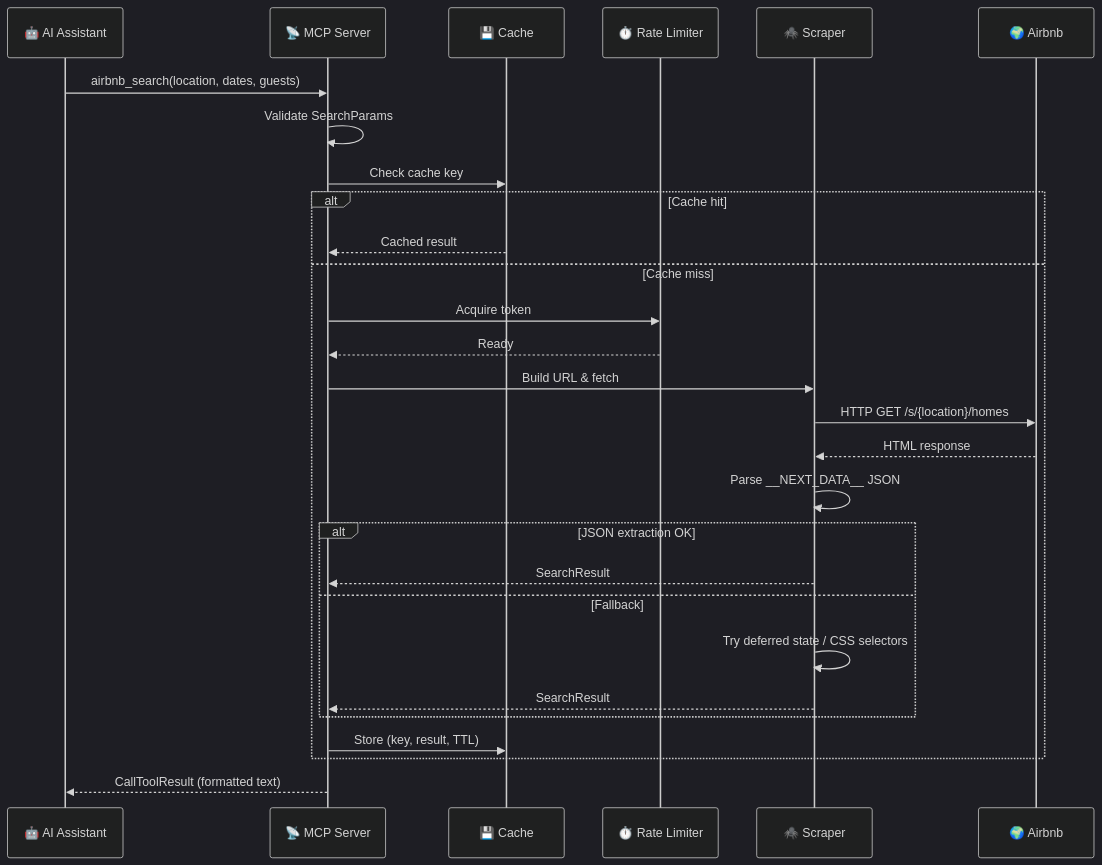
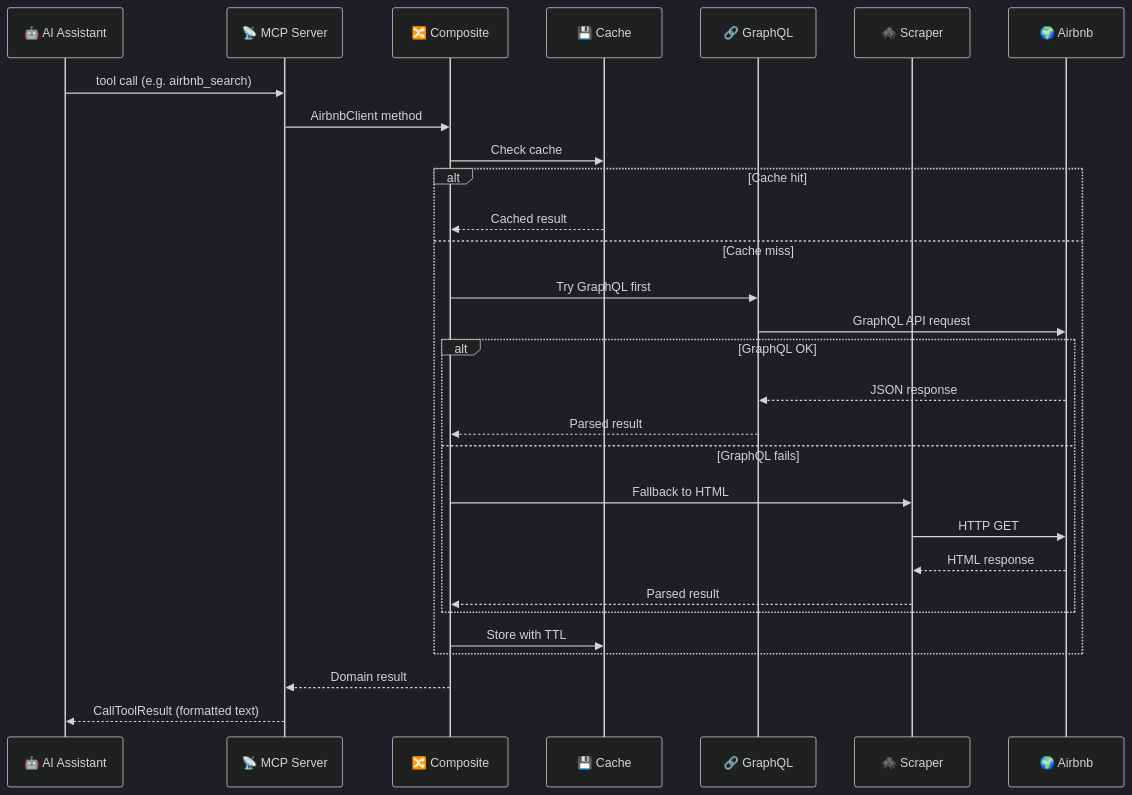
One commit to muchiny/mcp-airbnb changed the second of 2 diagrams in README.md. Above: the diagram before and after it, drawn with Mermaid (dark theme). The commit also changed other lines of this file and 11 other files, not shown here.

First line of the commit message:
docs: update all READMEs with emojis, mermaid diagrams, and full coverage

````diff
--- a/README.md
+++ b/README.md
@@ -149,31 +173,32 @@
 ```mermaid
 sequenceDiagram
     participant AI as 🤖 AI Assistant
     participant MCP as 📡 MCP Server
+    participant Composite as 🔀 Composite
     participant Cache as 💾 Cache
-    participant RL as ⏱️ Rate Limiter
+    participant GQL as 🔗 GraphQL
     participant Scraper as 🕷️ Scraper
     participant AB as 🌍 Airbnb
 
-    AI->>MCP: airbnb_search(location, dates, guests)
-    MCP->>MCP: Validate SearchParams
-    MCP->>Cache: Check cache key
+    AI->>MCP: tool call (e.g. airbnb_search)
+    MCP->>Composite: AirbnbClient method
+    Composite->>Cache: Check cache
     alt Cache hit
-        Cache-->>MCP: Cached result
+        Cache-->>Composite: Cached result
     else Cache miss
-        MCP->>RL: Acquire token
-        RL-->>MCP: Ready
-        MCP->>Scraper: Build URL & fetch
-        Scraper->>AB: HTTP GET /s/{location}/homes
-        AB-->>Scraper: HTML response
-        Scraper->>Scraper: Parse __NEXT_DATA__ JSON
-        alt JSON extraction OK
-            Scraper-->>MCP: SearchResult
-        else Fallback
-            Scraper->>Scraper: Try deferred state / CSS selectors
-            Scraper-->>MCP: SearchResult
+        Composite->>GQL: Try GraphQL first
+        GQL->>AB: GraphQL API request
+        alt GraphQL OK
+            AB-->>GQL: JSON response
+            GQL-->>Composite: Parsed result
+        else GraphQL fails
+            Composite->>Scraper: Fallback to HTML
+            Scraper->>AB: HTTP GET
+            AB-->>Scraper: HTML response
+            Scraper-->>Composite: Parsed result
         end
-        MCP->>Cache: Store (key, result, TTL)
+        Composite->>Cache: Store with TTL
     end
+    Composite-->>MCP: Domain result
     MCP-->>AI: CallToolResult (formatted text)
 ```
````
